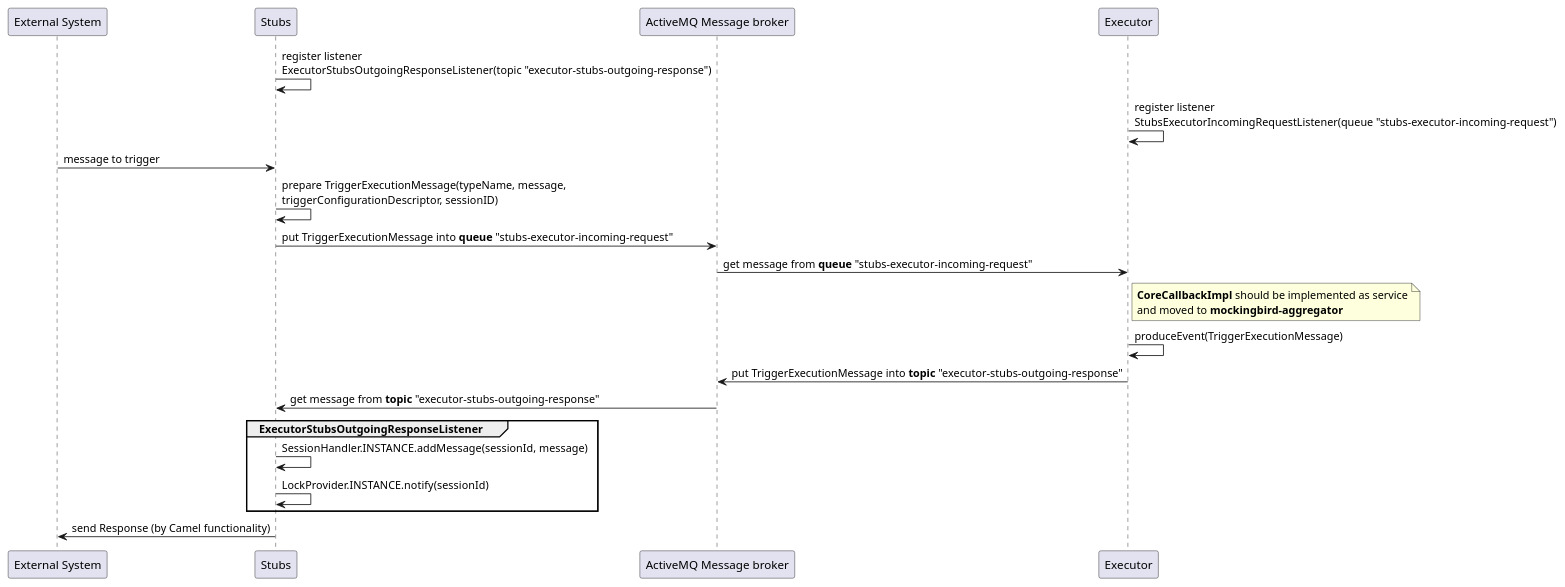
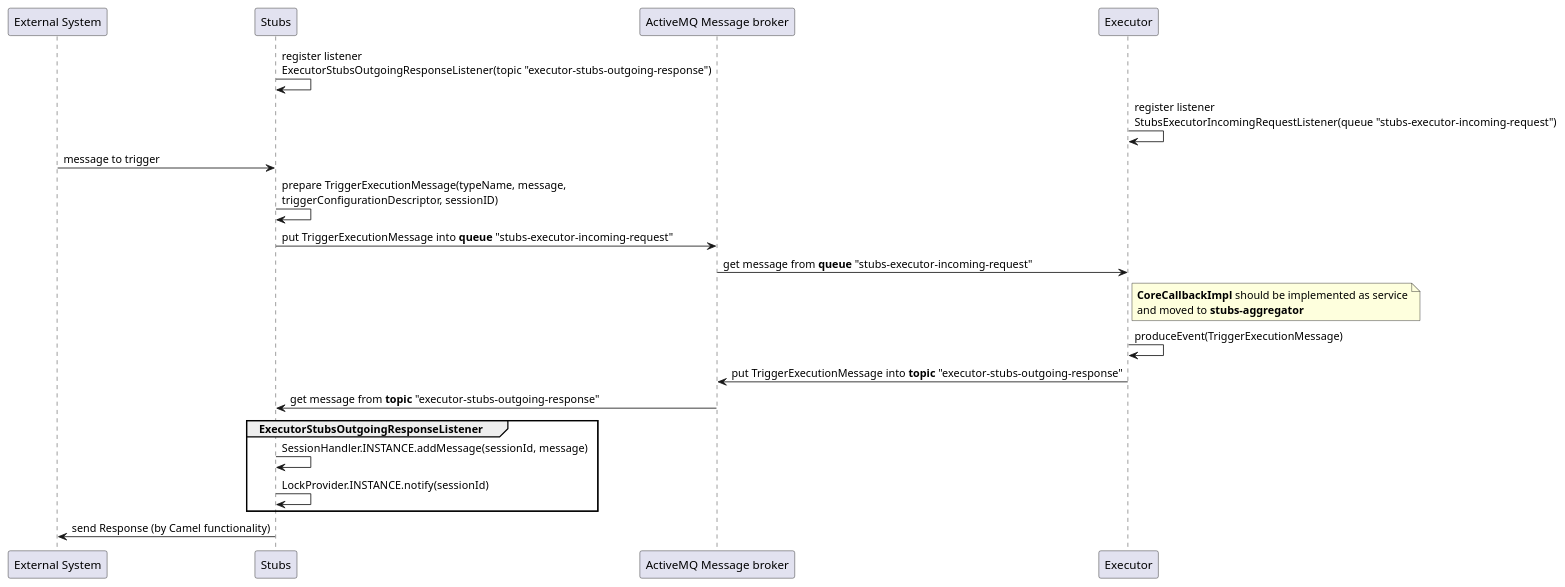
Before and after one commit to Netcracker/qubership-testing-platform-itf-stubs: the diagram in Design/trigger execution case.puml, drawn with PlantUML. The commit also changed 187 other files, not shown here.

```diff
--- a/Design/trigger execution case.puml
+++ b/Design/trigger execution case.puml
@@ -1,26 +1,26 @@
 @startuml
 
 participant "External System" as ext
 participant Stubs
 participant "ActiveMQ Message broker" as amq
 participant "Executor" as exo
 
 Stubs -> Stubs: register listener \nExecutorStubsOutgoingResponseListener(topic "executor-stubs-outgoing-response")
 exo -> exo: register listener \nStubsExecutorIncomingRequestListener(queue "stubs-executor-incoming-request")
 ext -> Stubs: message to trigger
 Stubs -> Stubs: prepare TriggerExecutionMessage(typeName, message, \ntriggerConfigurationDescriptor, sessionID)
 Stubs -> amq: put TriggerExecutionMessage into **queue** "stubs-executor-incoming-request"
 amq -> exo: get message from **queue** "stubs-executor-incoming-request"
 note right of exo
 **CoreCallbackImpl** should be implemented as service
-and moved to **mockingbird-aggregator**
+and moved to **stubs-aggregator**
 end note
 exo -> exo: produceEvent(TriggerExecutionMessage)
 exo -> amq: put TriggerExecutionMessage into **topic** "executor-stubs-outgoing-response"
 Stubs <- amq: get message from **topic** "executor-stubs-outgoing-response"
 group ExecutorStubsOutgoingResponseListener
 Stubs -> Stubs: SessionHandler.INSTANCE.addMessage(sessionId, message)
 Stubs -> Stubs: LockProvider.INSTANCE.notify(sessionId)
 end
 Stubs -> ext: send Response (by Camel functionality)
 @enduml
```
